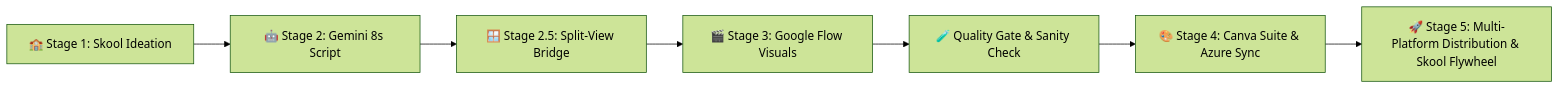
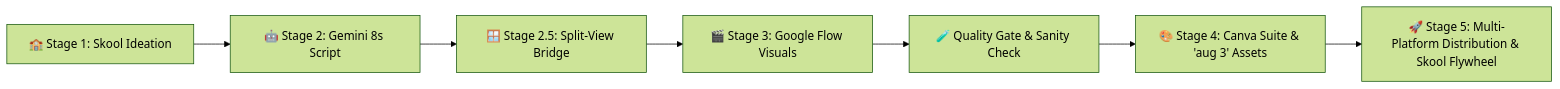
Before and after one commit to rifaterdemsahin/aug-video-animation-3: the diagram in README.md, drawn with Mermaid (forest theme). The commit also changed other lines of this file and 3 other files, not shown here.

Commit message:
feat: add 'aug 3' ('aug video 3') folder, Google Flow uploads, and 'used asset' subfolder checklist items

````diff
--- a/README.md
+++ b/README.md
@@ -19,9 +19,9 @@
 ```mermaid
 flowchart LR
     A[🏫 Stage 1: Skool Ideation] --> B[🤖 Stage 2: Gemini 8s Script]
     B --> S[🪟 Stage 2.5: Split-View Bridge]
     S --> C[🎬 Stage 3: Google Flow Visuals]
     C --> QC[🧪 Quality Gate & Sanity Check]
-    QC --> D[🎨 Stage 4: Canva Suite & Azure Sync]
+    QC --> D["🎨 Stage 4: Canva Suite & 'aug 3' Assets"]
     D --> E[🚀 Stage 5: Multi-Platform Distribution & Skool Flywheel]
 ```
````
